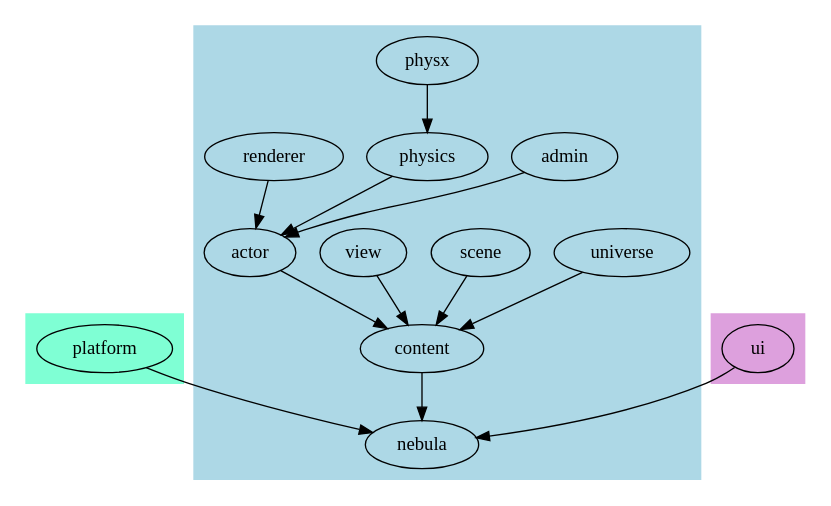
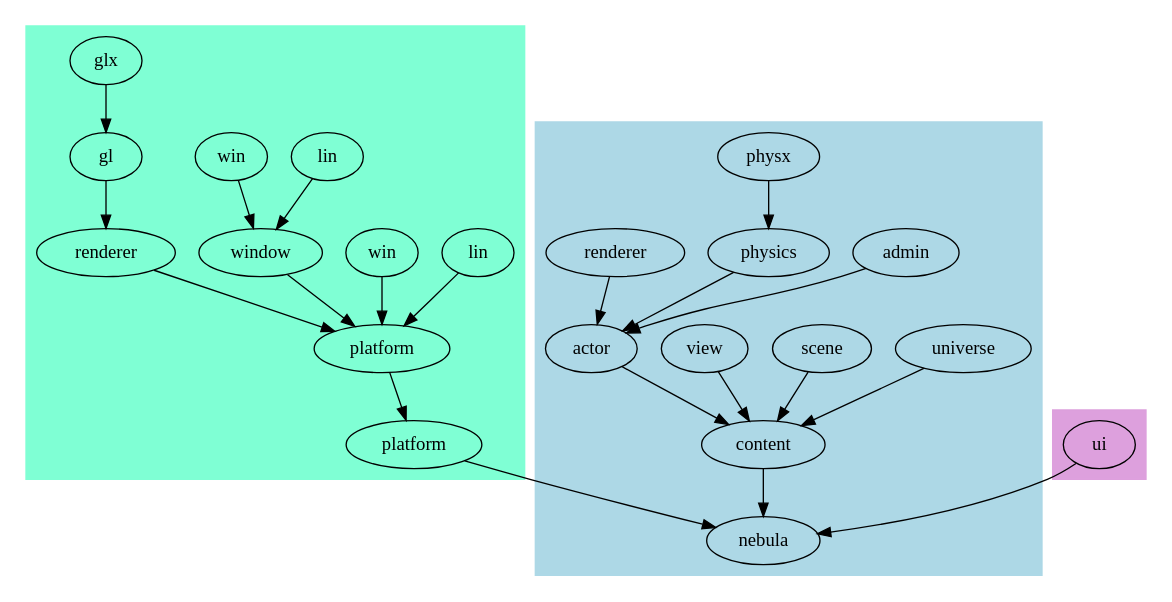
One commit to nebula-engine/Nebula changed the diagram in media/dot/ns.dot. Above: the diagram before and after it, drawn with Graphviz. The commit also changed 19 other files, not shown here.

```diff
--- a/media/dot/ns.dot
+++ b/media/dot/ns.dot
@@ -1,64 +1,87 @@
 digraph G
 {
 	subgraph cluster__content
 	{
 		//node [style=filled];
 		style = filled;
 		color = lightblue;
 		
 		content [label="content"];
 
 		content -> nebula;
 
 		
 		universe [label = "universe"];
 		
 
 
 		scene [label = "scene"];
 		
 		
 		
 		view [label = "view"];
 		
 		actor [label = "actor"];
 		actor_admin [label = "admin"];
 		actor_physics [label = "physics"];
 		actor_physics_physx [label = "physx"];
 		actor_renderer [label = "renderer"];
 		
 		universe -> content;
 		scene -> content;
 		view -> content;
 		actor -> content;
 		actor_admin -> actor;
 		actor_physics -> actor;
 		actor_physics_physx -> actor_physics;
 		actor_renderer -> actor;
 		
 	}
 	subgraph cluster__platform
 	{
 		platform [label="platform"];
+		platform_platform [label="platform"];
+		platform_platform_lin [label="lin"];
+		platform_platform_win [label="win"];
+		platform_window [label="window"];
+		platform_window_lin [label="lin"];
+		platform_window_win [label="win"];
+		platform_renderer [label="renderer"];
+		platform_renderer_gl [label="gl"];
+		platform_renderer_gl_glx [label="glx"];
+
+		
 		platform -> nebula;
-		
+		platform_platform -> platform;
+		platform_platform_lin -> platform_platform;
+		platform_platform_win -> platform_platform;
+		platform_window -> platform_platform;
+		platform_window_lin -> platform_window;
+		platform_window_win -> platform_window;
+		platform_renderer -> platform_platform;
+		platform_renderer_gl -> platform_renderer;
+		platform_renderer_gl_glx -> platform_renderer_gl;
+
+
+
+
 		style = filled;
 		color = aquamarine;
 	}
 	subgraph cluster__ui
 	{
 		ui [label = "ui"];
 		ui -> nebula;
 
 		style = filled;
 		color = plum;
 	}
 	nebula [label="nebula"];
 	
 	
 	
 			
 
 	
 		
 }
```
